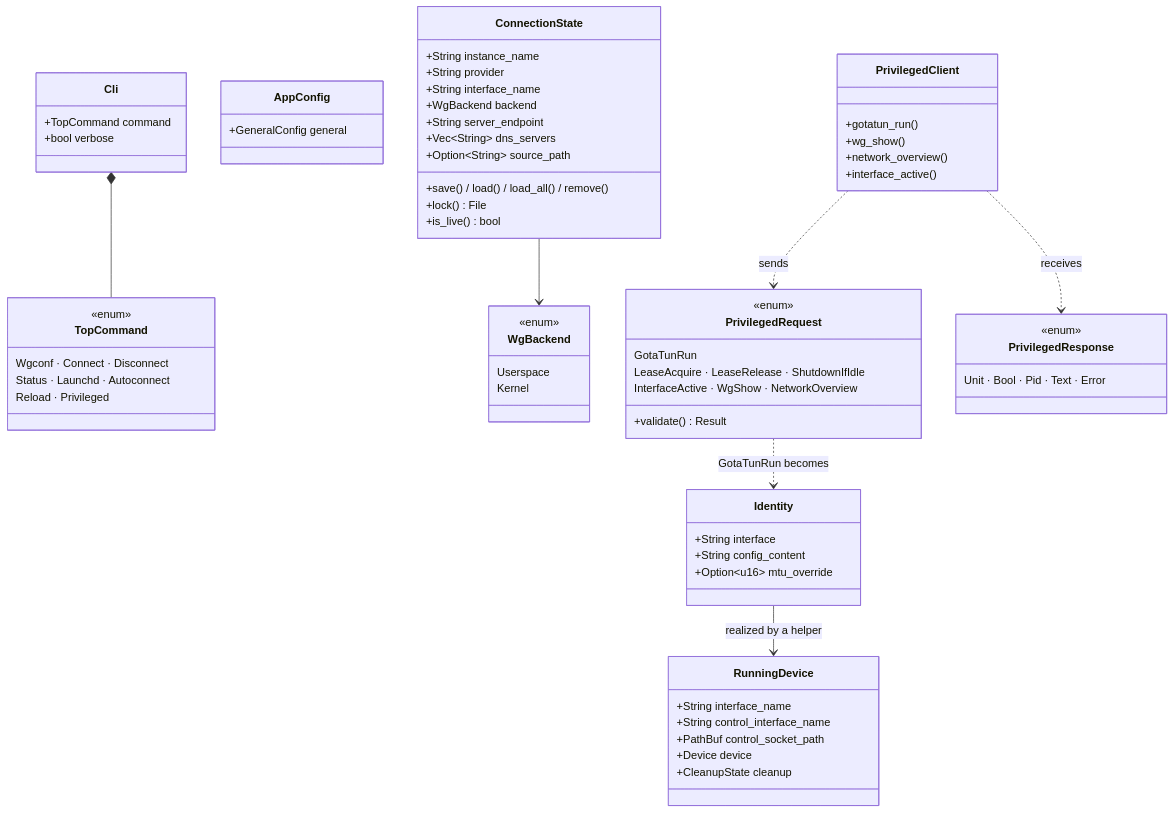
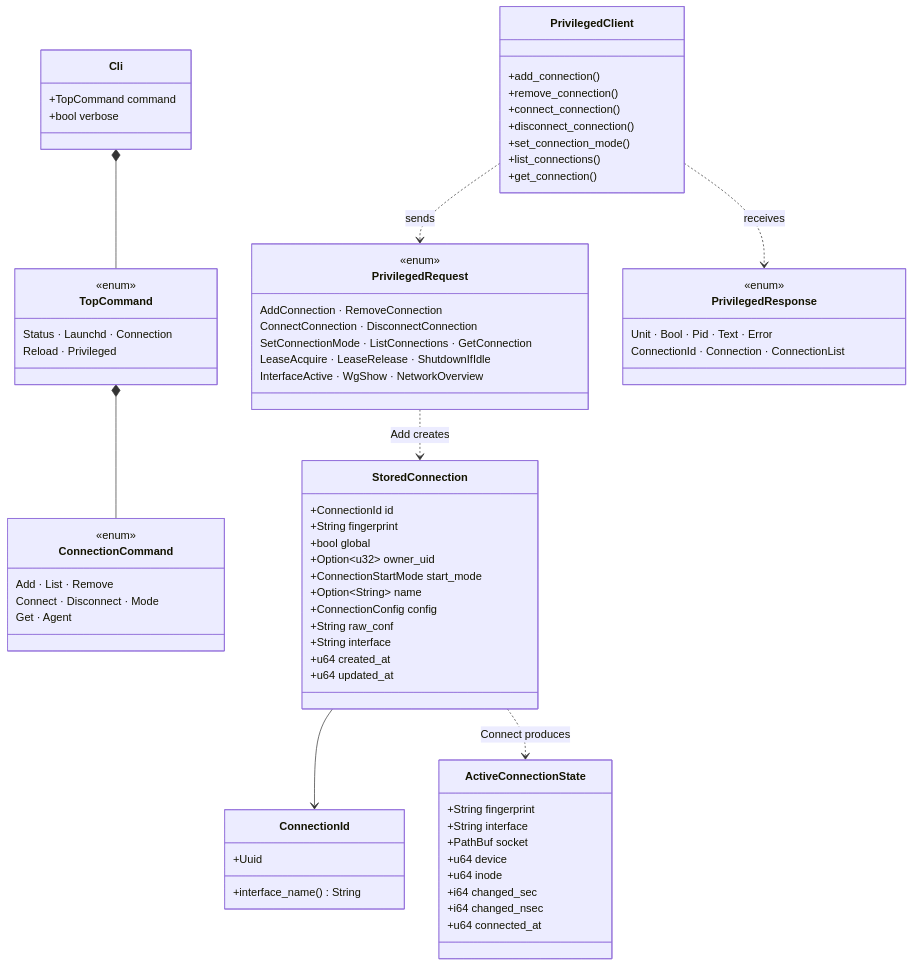
One commit to pansen/macos-wireguard-daemon changed the second of 11 diagrams in doc/architecture.md. Above: the diagram before and after it, drawn with Mermaid. The commit also changed other lines of this file and 1 other file, not shown here.

````diff
--- a/doc/architecture.md
+++ b/doc/architecture.md
@@ -67,69 +63,75 @@
 ```mermaid
 classDiagram
     class Cli {
         +TopCommand command
         +bool verbose
     }
     class TopCommand {
         <<enum>>
-        Wgconf · Connect · Disconnect
-        Status · Launchd · Autoconnect
+        Status · Launchd · Connection
         Reload · Privileged
     }
-    class AppConfig {
-        +GeneralConfig general
+    class ConnectionCommand {
+        <<enum>>
+        Add · List · Remove
+        Connect · Disconnect · Mode
+        Get · Agent
     }
-    class ConnectionState {
-        +String instance_name
-        +String provider
-        +String interface_name
-        +WgBackend backend
-        +String server_endpoint
-        +Vec~String~ dns_servers
-        +Option~String~ source_path
-        +save() / load() / load_all() / remove()
-        +lock() File
-        +is_live() bool
+    class ConnectionId {
+        +Uuid
+        +interface_name() String
     }
-    class WgBackend {
-        <<enum>>
-        Userspace
-        Kernel
+    class StoredConnection {
+        +ConnectionId id
+        +String fingerprint
+        +bool global
+        +Option~u32~ owner_uid
+        +ConnectionStartMode start_mode
+        +Option~String~ name
+        +ConnectionConfig config
+        +String raw_conf
+        +String interface
+        +u64 created_at
+        +u64 updated_at
+    }
+    class ActiveConnectionState {
+        +String fingerprint
+        +String interface
+        +PathBuf socket
+        +u64 device
+        +u64 inode
+        +i64 changed_sec
+        +i64 changed_nsec
+        +u64 connected_at
     }
     class PrivilegedClient {
-        +gotatun_run()
-        +wg_show()
-        +network_overview()
-        +interface_active()
+        +add_connection()
+        +remove_connection()
+        +connect_connection()
+        +disconnect_connection()
+        +set_connection_mode()
+        +list_connections()
+        +get_connection()
     }
     class PrivilegedRequest {
         <<enum>>
-        GotaTunRun
+        AddConnection · RemoveConnection
+        ConnectConnection · DisconnectConnection
+        SetConnectionMode · ListConnections · GetConnection
         LeaseAcquire · LeaseRelease · ShutdownIfIdle
         InterfaceActive · WgShow · NetworkOverview
-        +validate() Result
     }
     class PrivilegedResponse {
         <<enum>>
         Unit · Bool · Pid · Text · Error
-    }
-    class Identity {
-        +String interface
-        +String config_content
-        +Option~u16~ mtu_override
-    }
-    class RunningDevice {
-        +String interface_name
-        +String control_interface_name
-        +PathBuf control_socket_path
-        +Device device
-        +CleanupState cleanup
+        ConnectionId · Connection · ConnectionList
     }
 
     Cli *-- TopCommand
-    ConnectionState --> WgBackend
+    TopCommand *-- ConnectionCommand
+    StoredConnection --> ConnectionId
     PrivilegedClient ..> PrivilegedRequest : sends
     PrivilegedClient ..> PrivilegedResponse : receives
-    PrivilegedRequest ..> Identity : GotaTunRun becomes
-    Identity --> RunningDevice : realized by a helper
+    PrivilegedRequest ..> StoredConnection : Add creates
+    StoredConnection ..> ActiveConnectionState : Connect produces
 ```
````
